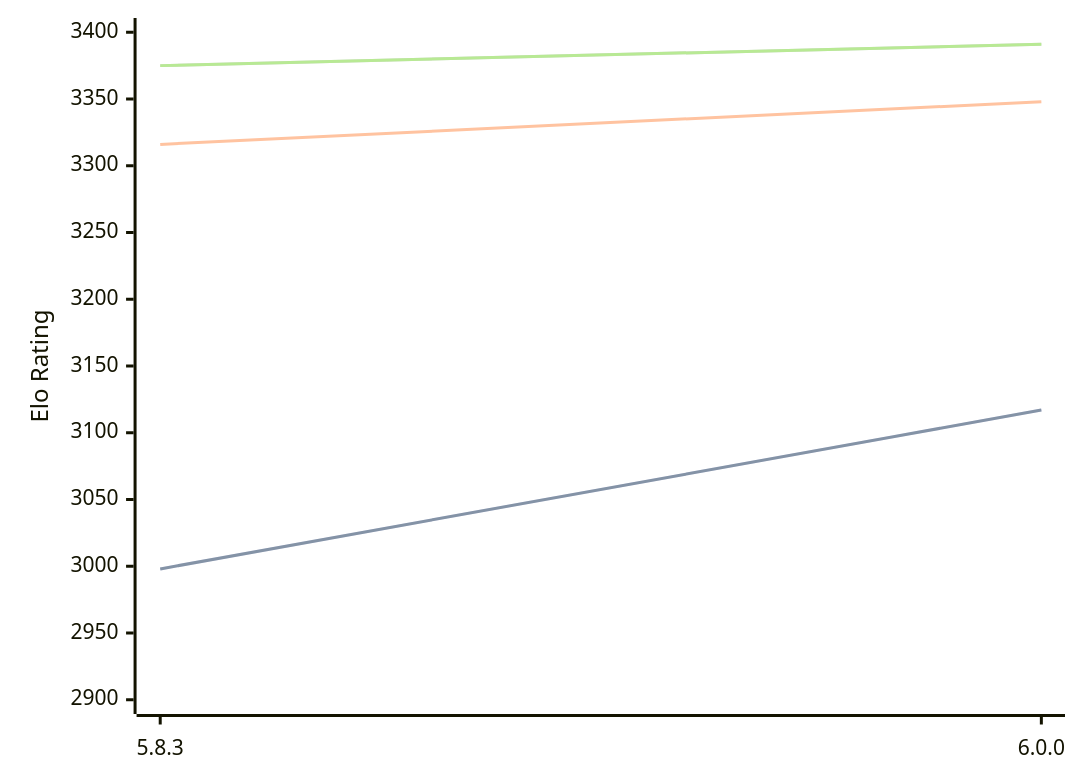
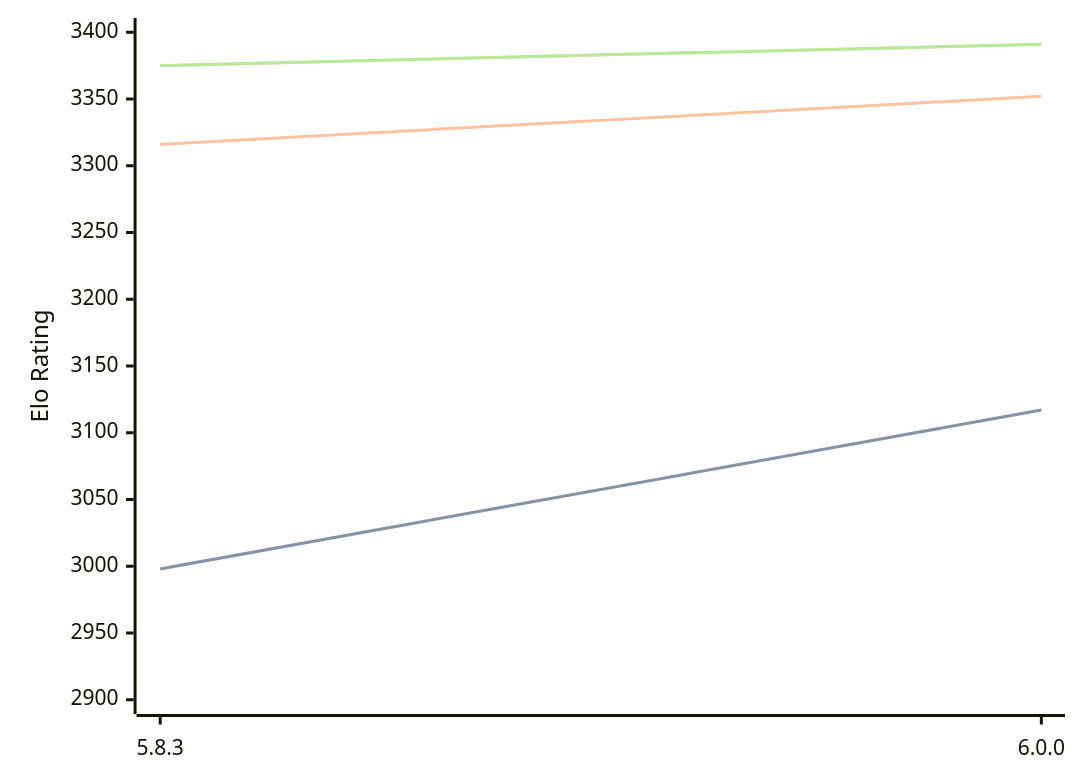
Before and after one commit to computer-chess-index/cci: the diagram in engines/Zigqueen.md, drawn with Mermaid. The commit also changed other lines of this file, not shown here.

````diff
--- a/engines/Zigqueen.md
+++ b/engines/Zigqueen.md
@@ -35,11 +35,11 @@
 ```mermaid
 %%{init: {"theme":"base","themeVariables":{"seriesColors:['#a3a3a3','#222221','#faa371']}}}%%
 xychart-beta
   x-axis ["5.8.3", "6.0.0"]
   y-axis "Elo Rating" 2900 --> 3400
   line "" [2998, 3117]
   line "STC (8.0+0.08s)" [2998, 3117]
-  line "LTC (60.0+0.60s)" [3316, 3348]
+  line "LTC (60.0+0.60s)" [3316, 3352]
   line "" [3375, 3391]
   line "VLTC (2m24s+1.12s)" [3375, 3391]
 ```
````
